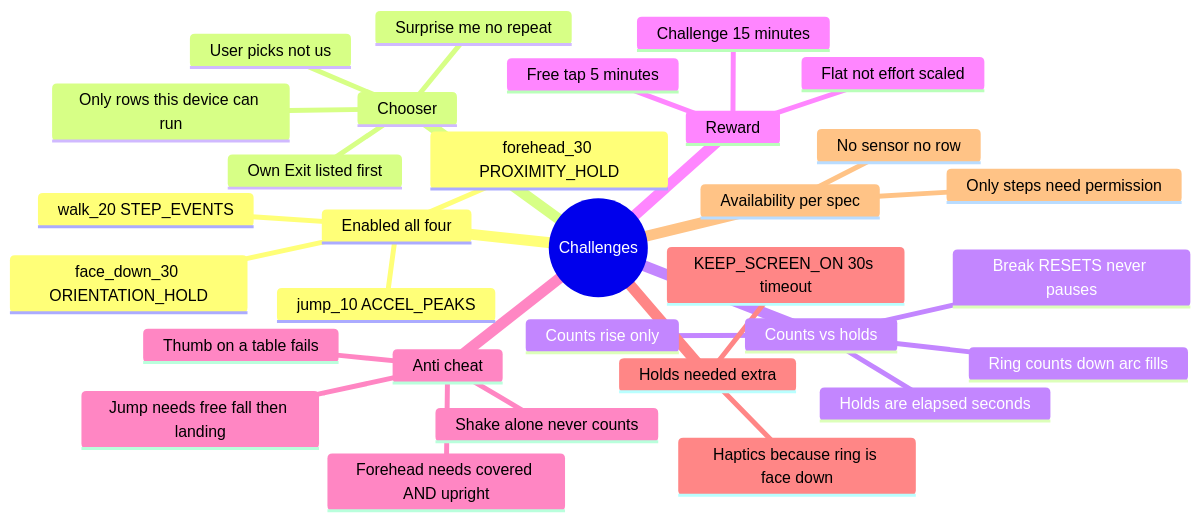
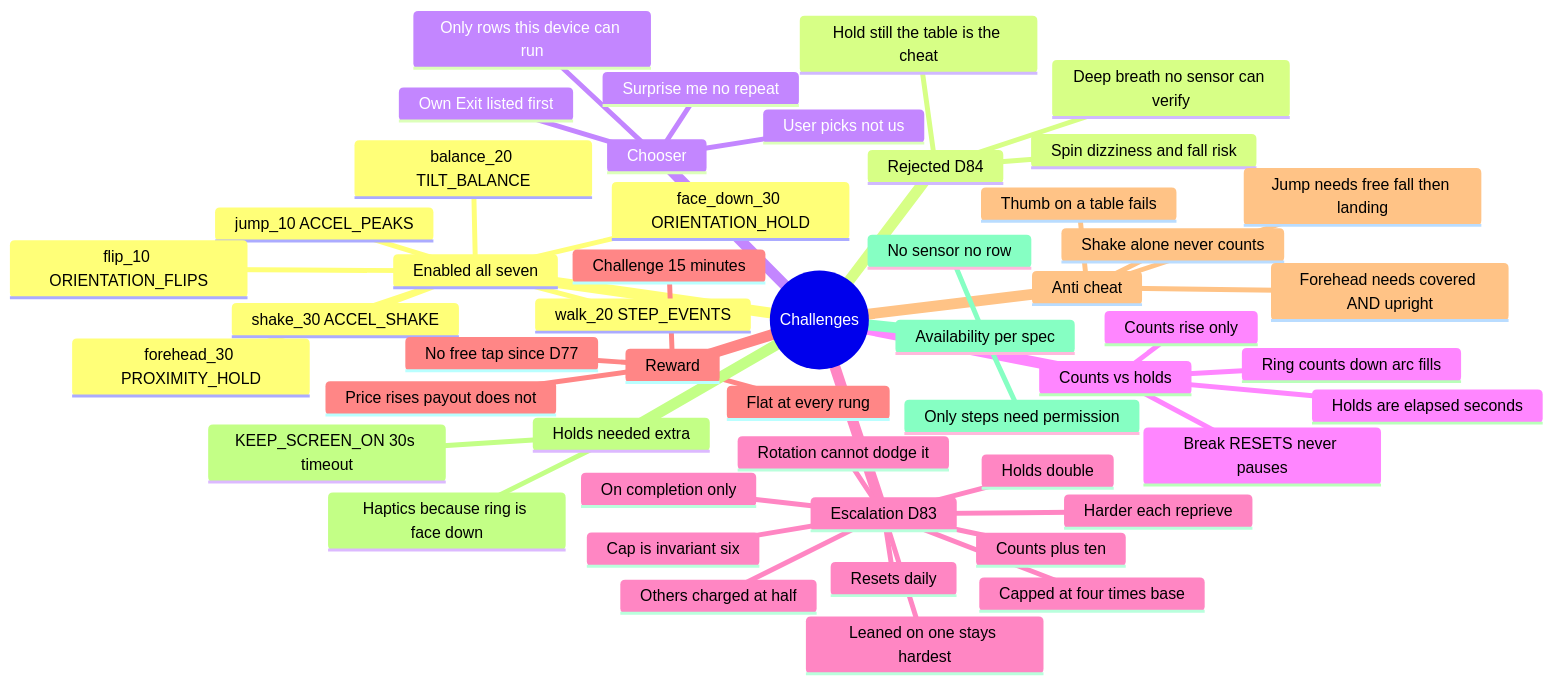
The diagram in ScrollKiller/Challenges.md (BasitScribe/ScrollKiller), drawn with Mermaid before and after one commit. The commit also changed other lines of this file and 71 other files, not shown here.

````diff
--- a/ScrollKiller/Challenges.md
+++ b/ScrollKiller/Challenges.md
@@ -10,34 +12,53 @@
 ```mermaid
 mindmap
   root((Challenges))
-    Enabled all four
+    Enabled all seven
       walk_20 STEP_EVENTS
       jump_10 ACCEL_PEAKS
+      shake_30 ACCEL_SHAKE
+      flip_10 ORIENTATION_FLIPS
       face_down_30 ORIENTATION_HOLD
       forehead_30 PROXIMITY_HOLD
+      balance_20 TILT_BALANCE
+    Rejected D84
+      Deep breath no sensor can verify
+      Hold still the table is the cheat
+      Spin dizziness and fall risk
     Chooser
       User picks not us
       Surprise me no repeat
       Only rows this device can run
       Own Exit listed first
     Counts vs holds
       Counts rise only
       Holds are elapsed seconds
       Break RESETS never pauses
       Ring counts down arc fills
+    Escalation D83
+      Harder each reprieve
+      Counts plus ten
+      Holds double
+      Capped at four times base
+      Cap is invariant six
+      Resets daily
+      On completion only
+      Others charged at half
+      Rotation cannot dodge it
+      Leaned on one stays hardest
     Reward
       Challenge 15 minutes
-      Free tap 5 minutes
-      Flat not effort scaled
+      No free tap since D77
+      Flat at every rung
+      Price rises payout does not
     Anti cheat
       Jump needs free fall then landing
       Shake alone never counts
       Forehead needs covered AND upright
       Thumb on a table fails
     Holds needed extra
       KEEP_SCREEN_ON 30s timeout
       Haptics because ring is face down
     Availability per spec
       Only steps need permission
       No sensor no row
 ```
````
